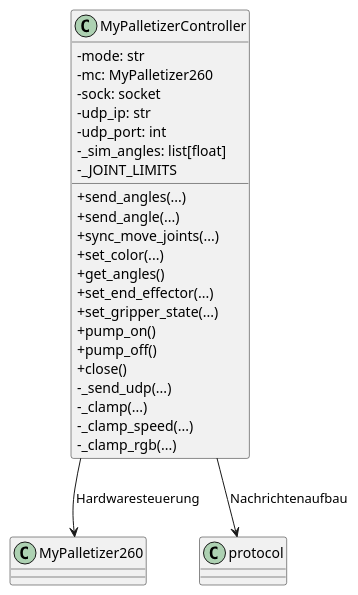
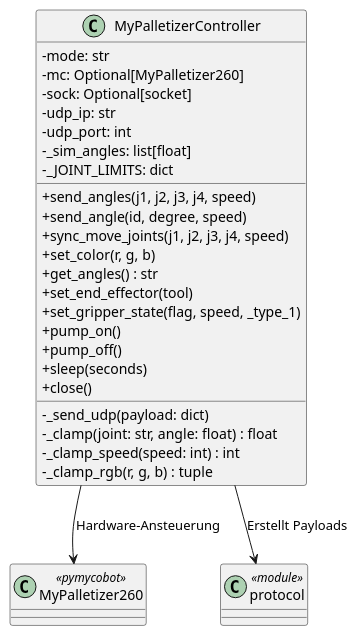
One commit to Stonehouse1703/DigitalTwin-for-MyPalletizer-260-M5-UnityVersion changed the fourth of 6 diagrams in docs/asciidoc/chapters/05_building_block_view.adoc. Above: the diagram before and after it, drawn with PlantUML. The commit also changed other lines of this file and 12 other files, not shown here.

```diff
--- a/docs/asciidoc/chapters/05_building_block_view.adoc
+++ b/docs/asciidoc/chapters/05_building_block_view.adoc
@@ -254,37 +223,40 @@
 [plantuml, target="diagram-controller-l3", format="png"]
 ----
 @startuml
 skinparam classAttributeIconSize 0
 
 class MyPalletizerController {
-  - mode: str
-  - mc: MyPalletizer260
-  - sock: socket
-  - udp_ip: str
-  - udp_port: int
-  - _sim_angles: list[float]
-  - _JOINT_LIMITS
-  + send_angles(...)
-  + send_angle(...)
-  + sync_move_joints(...)
-  + set_color(...)
-  + get_angles()
-  + set_end_effector(...)
-  + set_gripper_state(...)
-  + pump_on()
-  + pump_off()
-  + close()
-  - _send_udp(...)
-  - _clamp(...)
-  - _clamp_speed(...)
-  - _clamp_rgb(...)
+    - mode: str
+    - mc: Optional[MyPalletizer260]
+    - sock: Optional[socket]
+    - udp_ip: str
+    - udp_port: int
+    - _sim_angles: list[float]
+    - _JOINT_LIMITS: dict
+    __
+    + send_angles(j1, j2, j3, j4, speed)
+    + send_angle(id, degree, speed)
+    + sync_move_joints(j1, j2, j3, j4, speed)
+    + set_color(r, g, b)
+    + get_angles() : str
+    + set_end_effector(tool)
+    + set_gripper_state(flag, speed, _type_1)
+    + pump_on()
+    + pump_off()
+    + sleep(seconds)
+    + close()
+    __
+    - _send_udp(payload: dict)
+    - _clamp(joint: str, angle: float) : float
+    - _clamp_speed(speed: int) : int
+    - _clamp_rgb(r, g, b) : tuple
 }
 
-class MyPalletizer260
-class protocol
+class MyPalletizer260 <<pymycobot>>
+class protocol <<module>>
 
-MyPalletizerController --> MyPalletizer260 : Hardwaresteuerung
-MyPalletizerController --> protocol : Nachrichtenaufbau
+MyPalletizerController --> MyPalletizer260 : Hardware-Ansteuerung
+MyPalletizerController --> protocol : Erstellt Payloads
 
 @enduml
 ----
```
